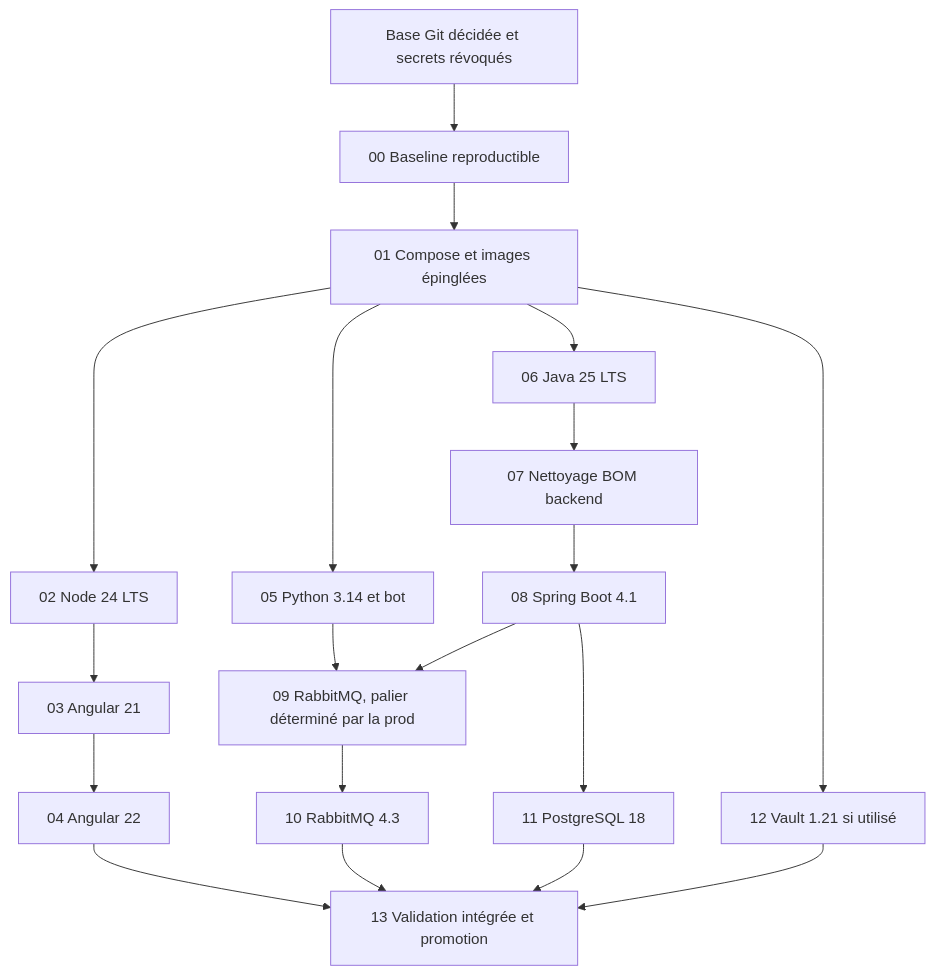
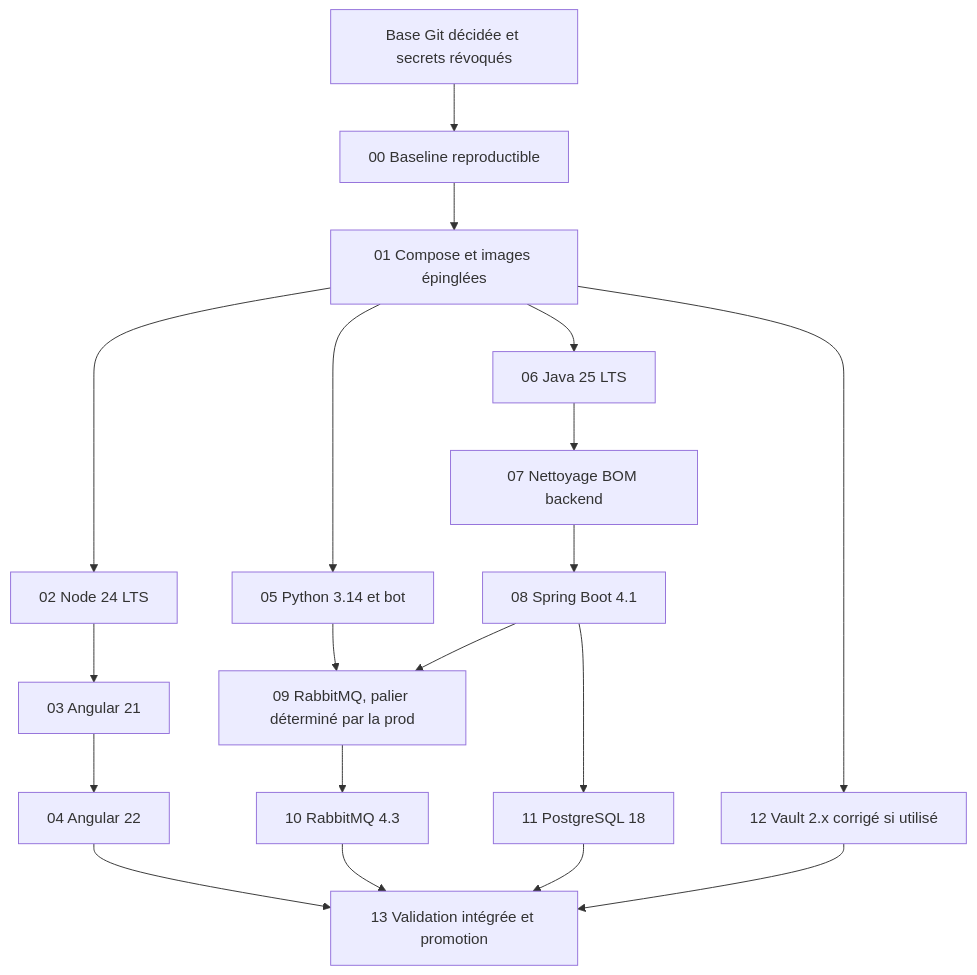
One commit to Kralone/Icy changed the diagram in docs/UPGRADE-PLAN.md. Above: the diagram before and after it, drawn with Mermaid. The commit also changed other lines of this file and 4 other files, not shown here.

````diff
--- a/docs/UPGRADE-PLAN.md
+++ b/docs/UPGRADE-PLAN.md
@@ -58,26 +58,26 @@
 ```mermaid
 flowchart TD
     A[Base Git décidée et secrets révoqués] --> B[00 Baseline reproductible]
     B --> C[01 Compose et images épinglées]
 
     C --> N[02 Node 24 LTS]
     N --> A21[03 Angular 21]
     A21 --> A22[04 Angular 22]
 
     C --> PY[05 Python 3.14 et bot]
     C --> J[06 Java 25 LTS]
     J --> BOM[07 Nettoyage BOM backend]
     BOM --> SB[08 Spring Boot 4.1]
 
     PY --> MQ1[09 RabbitMQ, palier déterminé par la prod]
     SB --> MQ1
     MQ1 --> MQ2[10 RabbitMQ 4.3]
 
     SB --> PG[11 PostgreSQL 18]
-    C --> V[12 Vault 1.21 si utilisé]
+    C --> V[12 Vault 2.x corrigé si utilisé]
 
     A22 --> F[13 Validation intégrée et promotion]
     MQ2 --> F
     PG --> F
     V --> F
 ```
````
